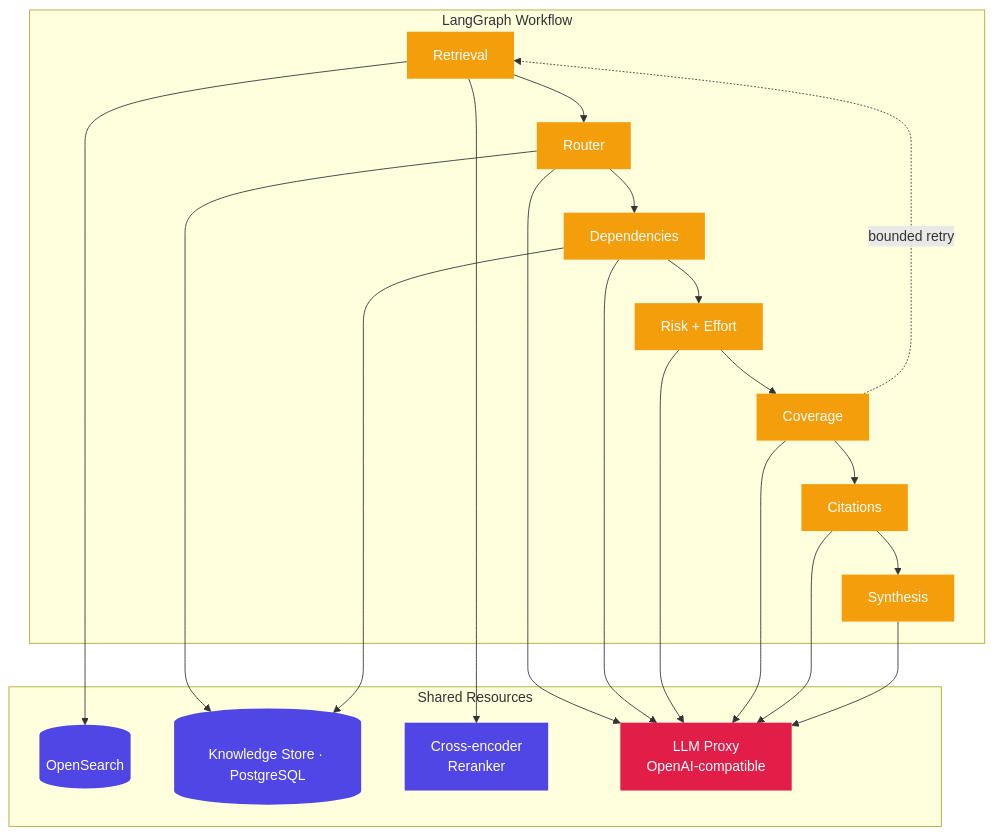
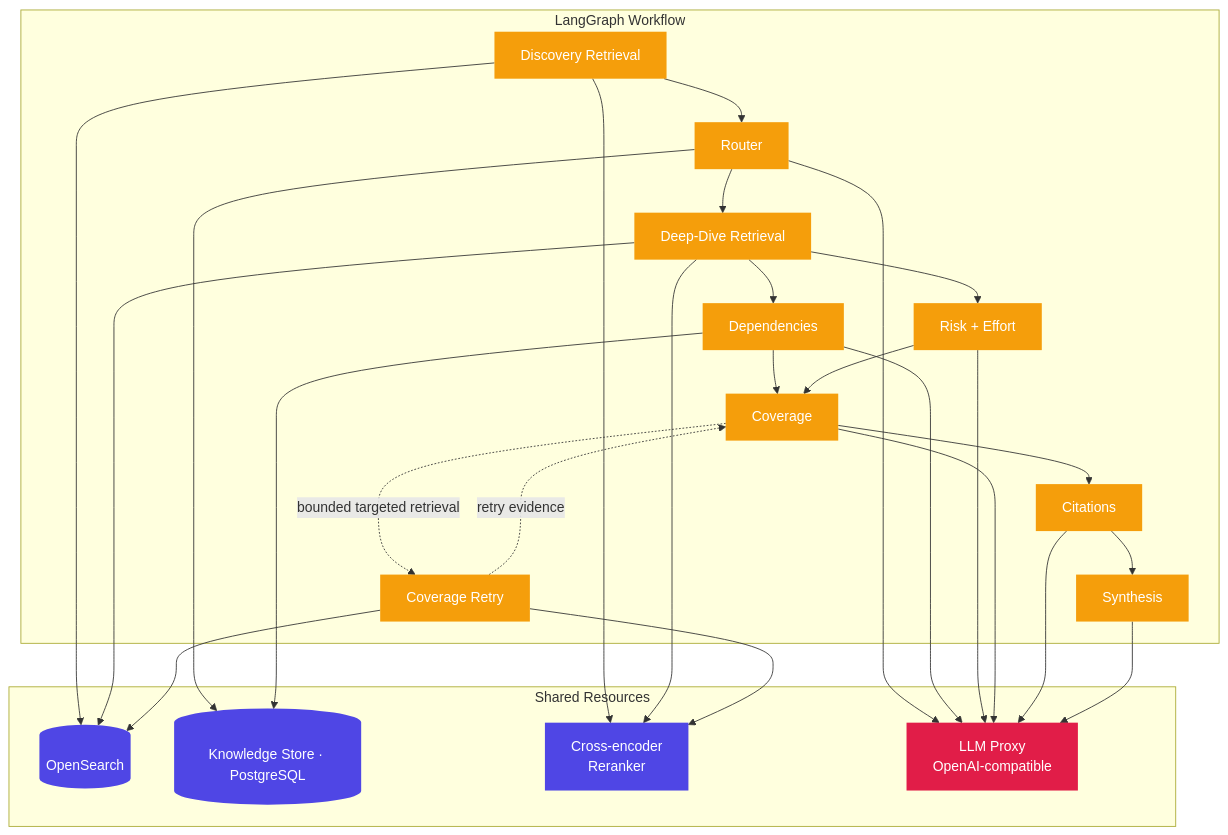
One commit to gurungabit/prism changed the second of 4 diagrams in docs/agents.md. Above: the diagram before and after it, drawn with Mermaid. The commit also changed other lines of this file and 1 other file, not shown here.

Commit message:
docs: align analysis workflow diagrams

````diff
--- a/docs/agents.md
+++ b/docs/agents.md
@@ -60,41 +66,53 @@
 ```mermaid
 graph TB
     subgraph FLOW["LangGraph Workflow"]
-        R["Retrieval"]
+        R["Discovery Retrieval"]
         RT["Router"]
+        DR["Deep-Dive Retrieval"]
         D["Dependencies"]
         RE["Risk + Effort"]
         C["Coverage"]
+        CR["Coverage Retry"]
         CI["Citations"]
         S["Synthesis"]
     end
 
     subgraph SHARED["Shared Resources"]
         OS[(OpenSearch)]
         N4J[(Knowledge Store · PostgreSQL)]
         RRK["Cross-encoder<br/>Reranker"]
         LLM["LLM Proxy<br/>OpenAI-compatible"]
     end
 
-    R --> RT --> D --> RE --> C --> CI --> S
-    C -. bounded retry .-> R
+    R --> RT --> DR
+    DR --> D
+    DR --> RE
+    D --> C
+    RE --> C
+    C --> CI --> S
+    C -. bounded targeted retrieval .-> CR
+    CR -. retry evidence .-> C
 
     R --> OS
     R --> RRK
+    DR --> OS
+    DR --> RRK
     RT --> N4J
     RT --> LLM
     D --> N4J
     D --> LLM
     RE --> LLM
     C --> LLM
+    CR --> OS
+    CR --> RRK
     CI --> LLM
     S --> LLM
 
     classDef flow fill:#f59e0b,color:#fff,stroke:none;
     classDef store fill:#4f46e5,color:#fff,stroke:none;
     classDef ai fill:#e11d48,color:#fff,stroke:none;
 
-    class R,RT,D,RE,C,CI,S flow;
+    class R,RT,DR,D,RE,C,CR,CI,S flow;
     class OS,N4J,RRK store;
     class LLM ai;
 ```
````
